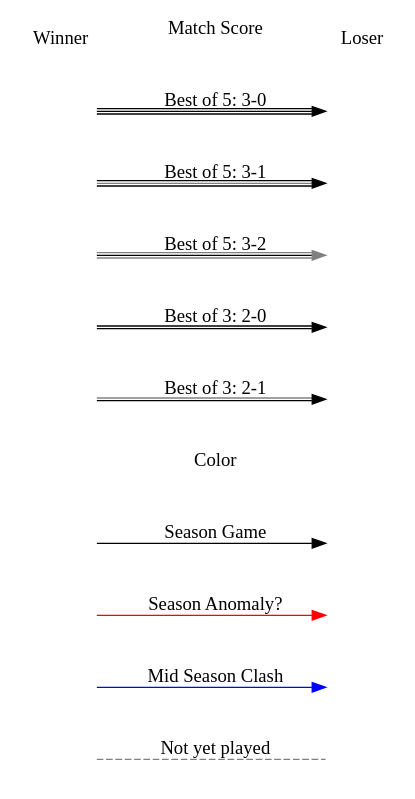
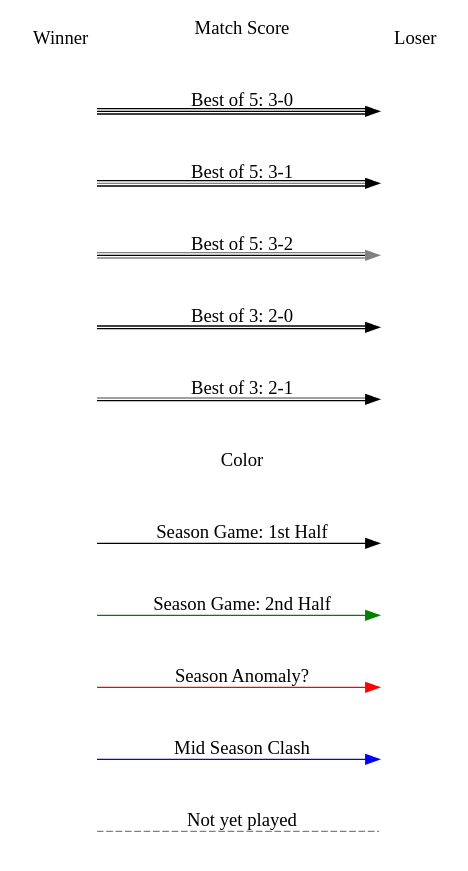
The diagram in graphs/legend.dot (jpmarcotte/hgc-league-graphs), drawn with Graphviz before and after one commit. The commit also changed 25 other files, not shown here.

```diff
--- a/graphs/legend.dot
+++ b/graphs/legend.dot
@@ -1,22 +1,23 @@
 digraph legend {
 	node [ shape="none" label="" ] 
 	rankdir="LR";
 
-	v	->	w	[ color="gray" style="dashed" dir="none" label="Not yet played" ]
-	t	->	u	[ color="blue"	label="Mid Season Clash" ]
-	q	->	s	[ color="red"	label="Season Anomaly?" ]
-	o	->	p	[ color="black" label="Season Game" ]
+	w	->	x	[ color="gray" style="dashed" dir="none" label="Not yet played" ]
+	u	->	v	[ color="blue"	label="Mid Season Clash" ]
+	s	->	t	[ color="red"	label="Season Anomaly?" ]
+	q	->	r	[ color="green" label="Season Game: 2nd Half" ]
+	o	->	p	[ color="black" label="Season Game: 1st Half" ]
 
 	m	->  n	[ color="white" label="Color"]
 
 	k	->	l	[ color="black:gray" label="Best of 3: 2-1" ]
 	i	->	j	[ color="black:black" label="Best of 3: 2-0" ]
 
 	c	->	d	[ color="gray:black:gray" label="Best of 5: 3-2" ]
 	e	->	f	[ color="black:gray:black" label="Best of 5: 3-1" ]
 	g	->	h	[ color="black:black:black" label="Best of 5: 3-0" ]
 
 	a [ label="Winner" ]
 	b [ label="Loser" ]
 	a	->  b	[ color="white" label="Match Score" ]
 }
```
